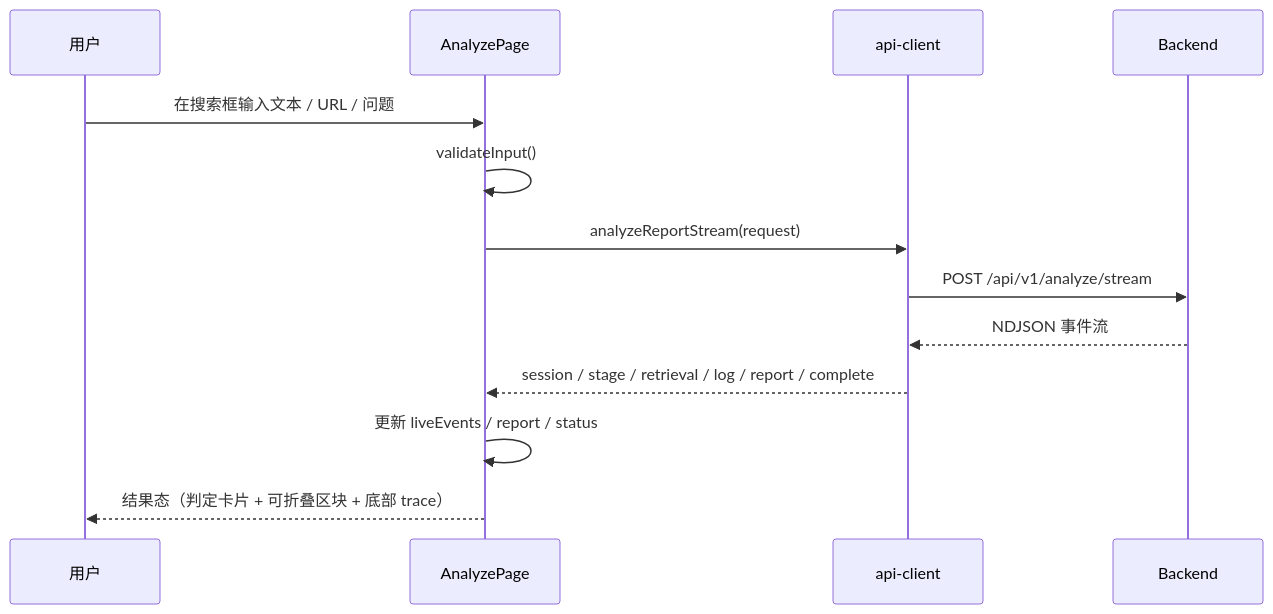
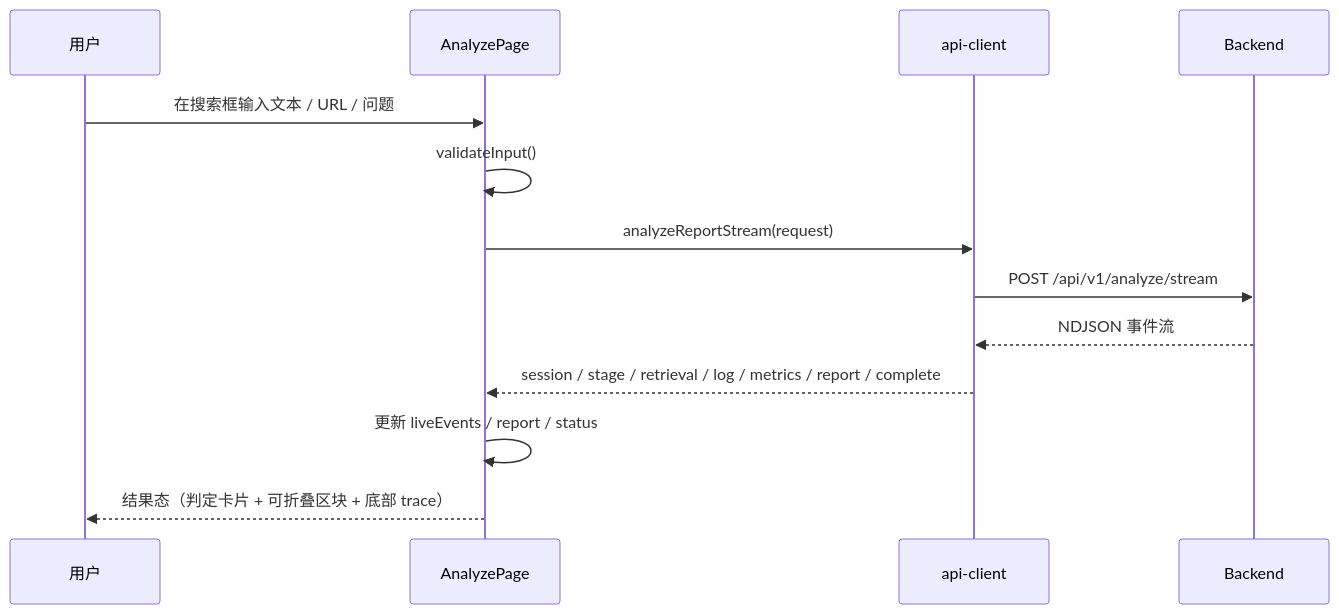
The first of 2 diagrams in docs/current-code-architecture-guide.md (forwaryan/rumor-checking), drawn with Mermaid before and after one commit. The commit also changed other lines of this file and 8 other files, not shown here.

First line of the commit message:
docs: rewrite README + architecture guide with fresh figures

````diff
--- a/docs/current-code-architecture-guide.md
+++ b/docs/current-code-architecture-guide.md
@@ -186,16 +165,16 @@
 ```mermaid
 sequenceDiagram
     participant U as 用户
     participant A as AnalyzePage
     participant C as api-client
     participant B as Backend
 
     U->>A: 在搜索框输入文本 / URL / 问题
     A->>A: validateInput()
     A->>C: analyzeReportStream(request)
     C->>B: POST /api/v1/analyze/stream
     B-->>C: NDJSON 事件流
-    C-->>A: session / stage / retrieval / log / report / complete
+    C-->>A: session / stage / retrieval / log / metrics / report / complete
     A->>A: 更新 liveEvents / report / status
     A-->>U: 结果态（判定卡片 + 可折叠区块 + 底部 trace）
 ```
````
